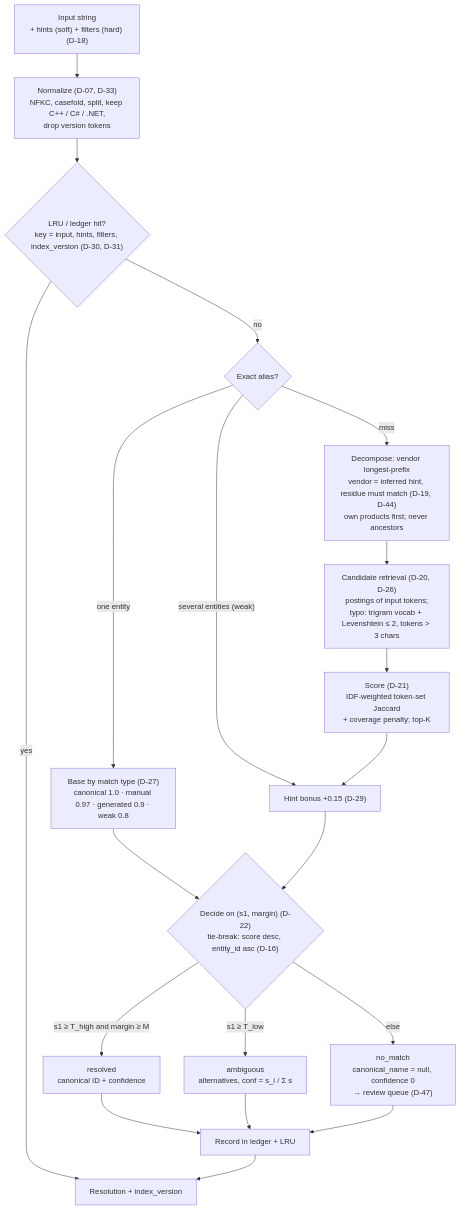
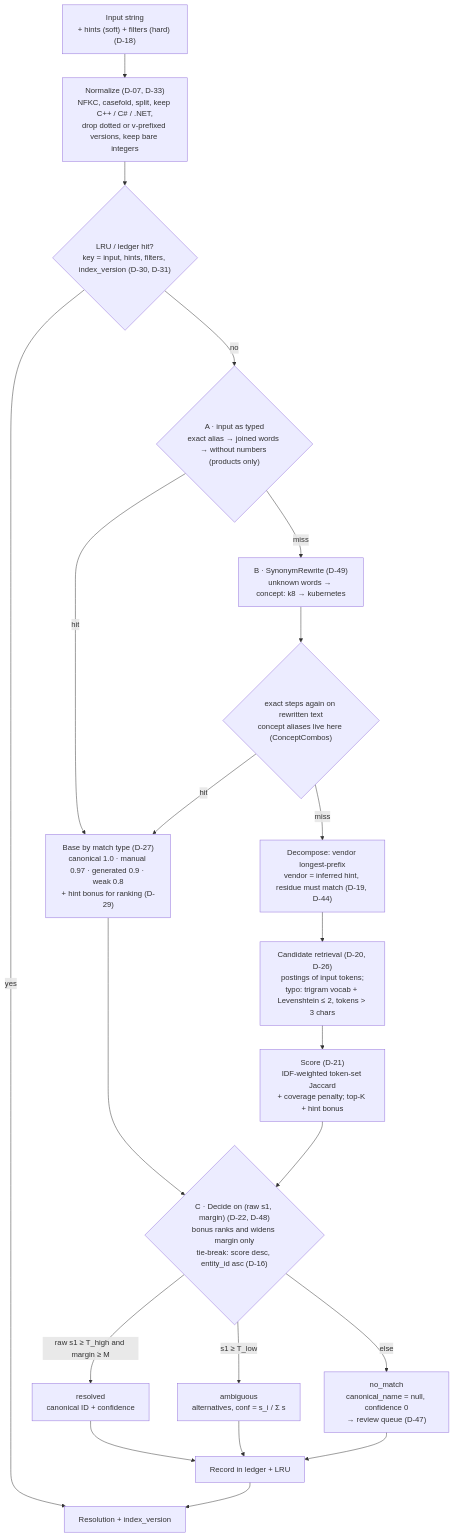
Before and after one commit to ofekisr/technology-entity-disambiguation-challenge: the diagram in challange/docs/resolve-flow.md, drawn with Mermaid. The commit also changed other lines of this file and 3 other files, not shown here.

First line of the commit message:
docs: propagate exact-first, then synonym rewrite order

````diff
--- a/challange/docs/resolve-flow.md
+++ b/challange/docs/resolve-flow.md
@@ -6,22 +6,23 @@
 ```mermaid
 flowchart TD
-    IN["Input string<br/>+ hints (soft) + filters (hard) (D-18)"] --> NORM["Normalize (D-07, D-33)<br/>NFKC, casefold, split, keep C++ / C# / .NET,<br/>drop version tokens"]
+    IN["Input string<br/>+ hints (soft) + filters (hard) (D-18)"] --> NORM["Normalize (D-07, D-33)<br/>NFKC, casefold, split, keep C++ / C# / .NET,<br/>drop dotted or v-prefixed versions, keep bare integers"]
     NORM --> CACHE{"LRU / ledger hit?<br/>key = input, hints, filters, index_version (D-30, D-31)"}
     CACHE -->|yes| OUT
-    CACHE -->|no| EXACT{"Exact alias?"}
-    EXACT -->|"one entity"| BASE["Base by match type (D-27)<br/>canonical 1.0 · manual 0.97 · generated 0.9 · weak 0.8"]
-    EXACT -->|"several entities (weak)"| HINTS["Hint bonus +0.15 (D-29)"]
-    EXACT -->|miss| DEC["Decompose: vendor longest-prefix<br/>vendor = inferred hint, residue must match (D-19, D-44)<br/>own products first; never ancestors"]
+    CACHE -->|no| EXACT{"A · input as typed<br/>exact alias → joined words → without numbers (products only)"}
+    EXACT -->|hit| BASE["Base by match type (D-27)<br/>canonical 1.0 · manual 0.97 · generated 0.9 · weak 0.8<br/>+ hint bonus for ranking (D-29)"]
+    EXACT -->|miss| SYN["B · SynonymRewrite (D-49)<br/>unknown words → concept: k8 → kubernetes"]
+    SYN --> EXACT2{"exact steps again on rewritten text<br/>concept aliases live here (ConceptCombos)"}
+    EXACT2 -->|hit| BASE
+    EXACT2 -->|miss| DEC["Decompose: vendor longest-prefix<br/>vendor = inferred hint, residue must match (D-19, D-44)"]
     DEC --> CAND["Candidate retrieval (D-20, D-26)<br/>postings of input tokens;<br/>typo: trigram vocab + Levenshtein ≤ 2, tokens > 3 chars"]
-    CAND --> SCORE["Score (D-21)<br/>IDF-weighted token-set Jaccard<br/>+ coverage penalty; top-K"]
-    SCORE --> HINTS
+    CAND --> SCORE["Score (D-21)<br/>IDF-weighted token-set Jaccard<br/>+ coverage penalty; top-K + hint bonus"]
     BASE --> DECIDE
-    HINTS --> DECIDE{"Decide on (s1, margin) (D-22)<br/>tie-break: score desc, entity_id asc (D-16)"}
-    DECIDE -->|"s1 ≥ T_high and margin ≥ M"| RESOLVED["resolved<br/>canonical ID + confidence"]
+    SCORE --> DECIDE{"C · Decide on (raw s1, margin) (D-22, D-48)<br/>bonus ranks and widens margin only<br/>tie-break: score desc, entity_id asc (D-16)"}
+    DECIDE -->|"raw s1 ≥ T_high and margin ≥ M"| RESOLVED["resolved<br/>canonical ID + confidence"]
     DECIDE -->|"s1 ≥ T_low"| AMB["ambiguous<br/>alternatives, conf = s_i / Σ s"]
     DECIDE -->|"else"| NOM["no_match<br/>canonical_name = null, confidence 0<br/>→ review queue (D-47)"]
     RESOLVED --> REC["Record in ledger + LRU"]
     AMB --> REC
     NOM --> REC
     REC --> OUT["Resolution + index_version"]
 ```
````
